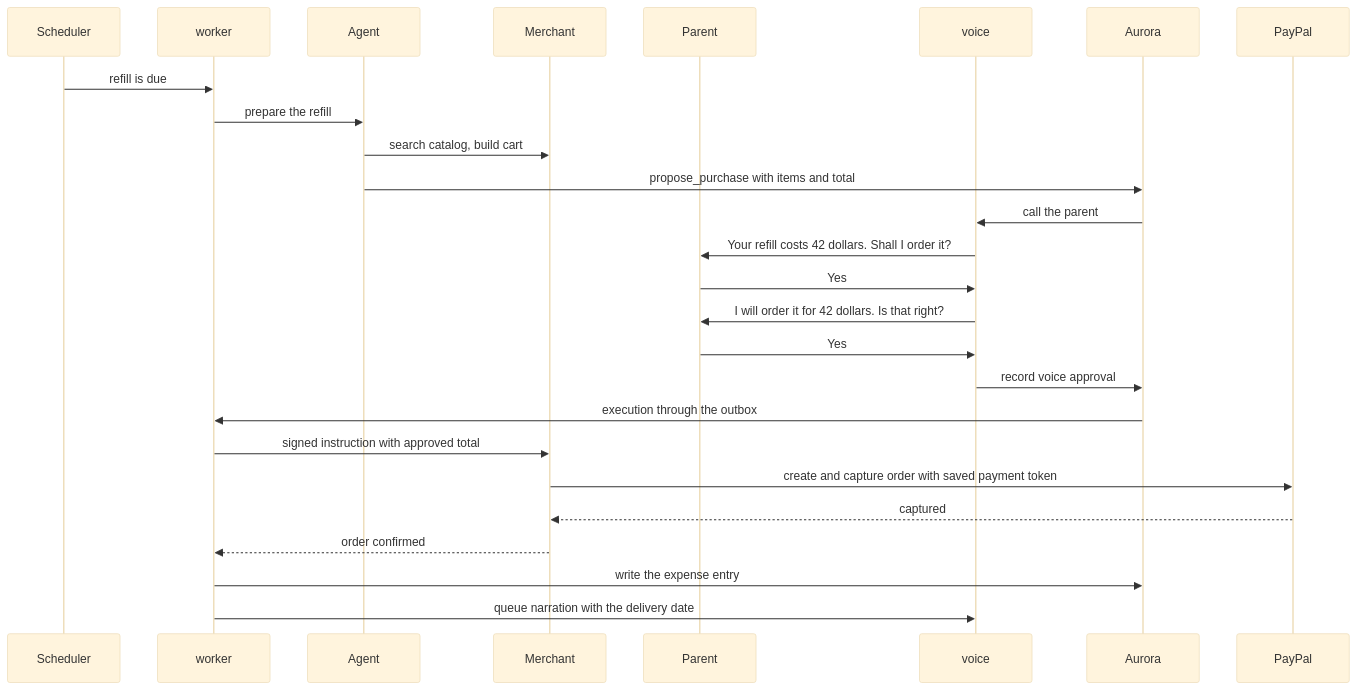
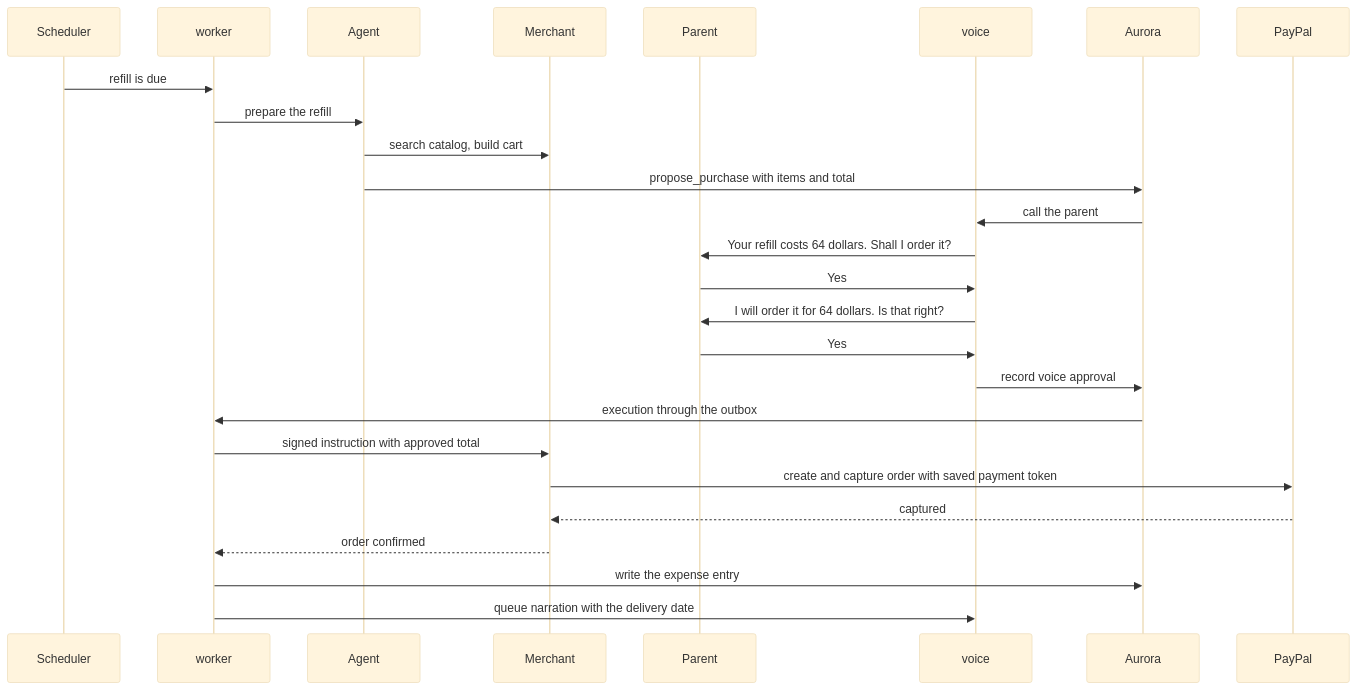
Diagram 16 of 20 in docs/architecture.md (rogerjeasy/kin), drawn with Mermaid (base theme) before and after one commit. The commit also changed other lines of this file and 6 other files, not shown here.

````diff
--- a/docs/architecture.md
+++ b/docs/architecture.md
@@ -1009,29 +1037,29 @@
 ```mermaid
 sequenceDiagram
     participant S as Scheduler
     participant WK as worker
     participant A as Agent
     participant M as Merchant
     participant P as Parent
     participant V as voice
     participant DB as Aurora
     participant PP as PayPal
 
     S->>WK: refill is due
     WK->>A: prepare the refill
     A->>M: search catalog, build cart
     A->>DB: propose_purchase with items and total
     DB->>V: call the parent
-    V->>P: Your refill costs 42 dollars. Shall I order it?
+    V->>P: Your refill costs 64 dollars. Shall I order it?
     P->>V: Yes
-    V->>P: I will order it for 42 dollars. Is that right?
+    V->>P: I will order it for 64 dollars. Is that right?
     P->>V: Yes
     V->>DB: record voice approval
     DB->>WK: execution through the outbox
     WK->>M: signed instruction with approved total
     M->>PP: create and capture order with saved payment token
     PP-->>M: captured
     M-->>WK: order confirmed
     WK->>DB: write the expense entry
     WK->>V: queue narration with the delivery date
 ```
````
